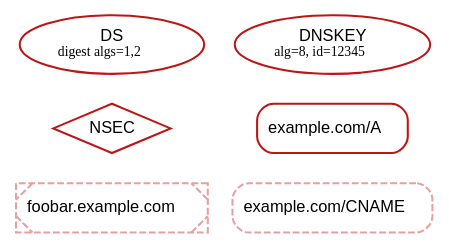
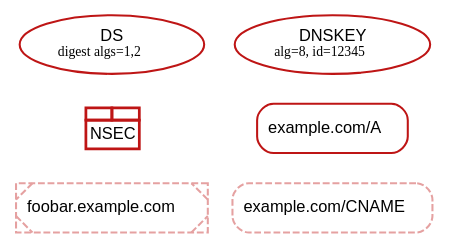
The diagram in doc/dot/nodes-bogus.dot (dnsviz/dnsviz), drawn with Graphviz before and after one commit. The commit also changed 23 other files, not shown here.

```diff
--- a/doc/dot/nodes-bogus.dot
+++ b/doc/dot/nodes-bogus.dot
@@ -1,42 +1,46 @@
 digraph {
   graph [compound=true, rankdir=BT, ranksep=0.3];
 	node [label="\N",
 		penwidth=1.5
 	];
 	edge [penwidth=1.5];
 
 	"DS-1_2|example.com|8|54321|1_2" [color="#be1515",
 		fillcolor="#ffffff",
 		label=<<FONT POINT-SIZE="12" FACE="Helvetica">DS</FONT><BR/><FONT POINT-SIZE="10">digest algs=1,2</FONT>>,
 		shape=ellipse,
 		style=filled];
 	"DNSKEY-0|example.com|8|12345"	 [color="#be1515",
 		fillcolor="#ffffff",
 		label=<<FONT POINT-SIZE="12" FACE="Helvetica">DNSKEY</FONT><BR/><FONT POINT-SIZE="10">alg=8, id=12345</FONT>>,
 		shape=ellipse,
 		style=filled];
 	"NSEC-0|foobar.example.com|A" [color="#be1515",
 					fillcolor="#ffffff",
-					label=<<FONT POINT-SIZE="12" FACE="Helvetica">NSEC</FONT>>,
-					shape=diamond,
+          label=<<TABLE COLOR="#be1515" BORDER="0" CELLSPACING="-2" CELLPADDING="0" BGCOLOR="#ffffff"><TR>
+<TD PORT="nsec1" BORDER="2"><FONT POINT-SIZE="6"> </FONT></TD>
+<TD PORT="nsec2" BORDER="2"><FONT POINT-SIZE="6"> </FONT></TD>
+</TR><TR><TD COLSPAN="2" BORDER="2" CELLPADDING="3"><FONT POINT-SIZE="12" FACE="Helvetica">NSEC</FONT></TD></TR>
+</TABLE>>,
+					shape=none,
 					style=filled];
 	"RRset-10|example.com|A" [color="#be1515",
 					fillcolor="#ffffff",
 					label=<<FONT POINT-SIZE="12" FACE="Helvetica">example.com/A</FONT>>,
 					shape=rectangle,
 					style="rounded,filled"];
 	"RRset-1|example.com|CNAME" [color="#e5a1a1",
 					fillcolor="#ffffff",
 					label=<<FONT POINT-SIZE="12" FACE="Helvetica">example.com/CNAME</FONT>>,
 					shape=rectangle,
 					style="rounded,filled,dashed"];
 	"RRset-0|foobar.example.com|A" [color="#e5a1a1",
 					fillcolor="#ffffff",
 					label=<<FONT POINT-SIZE="12" FACE="Helvetica">foobar.example.com</FONT>>,
 					shape=rectangle,
 					style="rounded,filled,dashed,diagonals"];
 	"RRset-10|example.com|A" -> "DNSKEY-0|example.com|8|12345" [style=invis];
 	"NSEC-0|foobar.example.com|A" -> "DS-1_2|example.com|8|54321|1_2" [style=invis];
 	"RRset-1|example.com|CNAME" -> "RRset-10|example.com|A" [style=invis];
 	"RRset-0|foobar.example.com|A" ->  "NSEC-0|foobar.example.com|A" [style=invis];
 }
```
